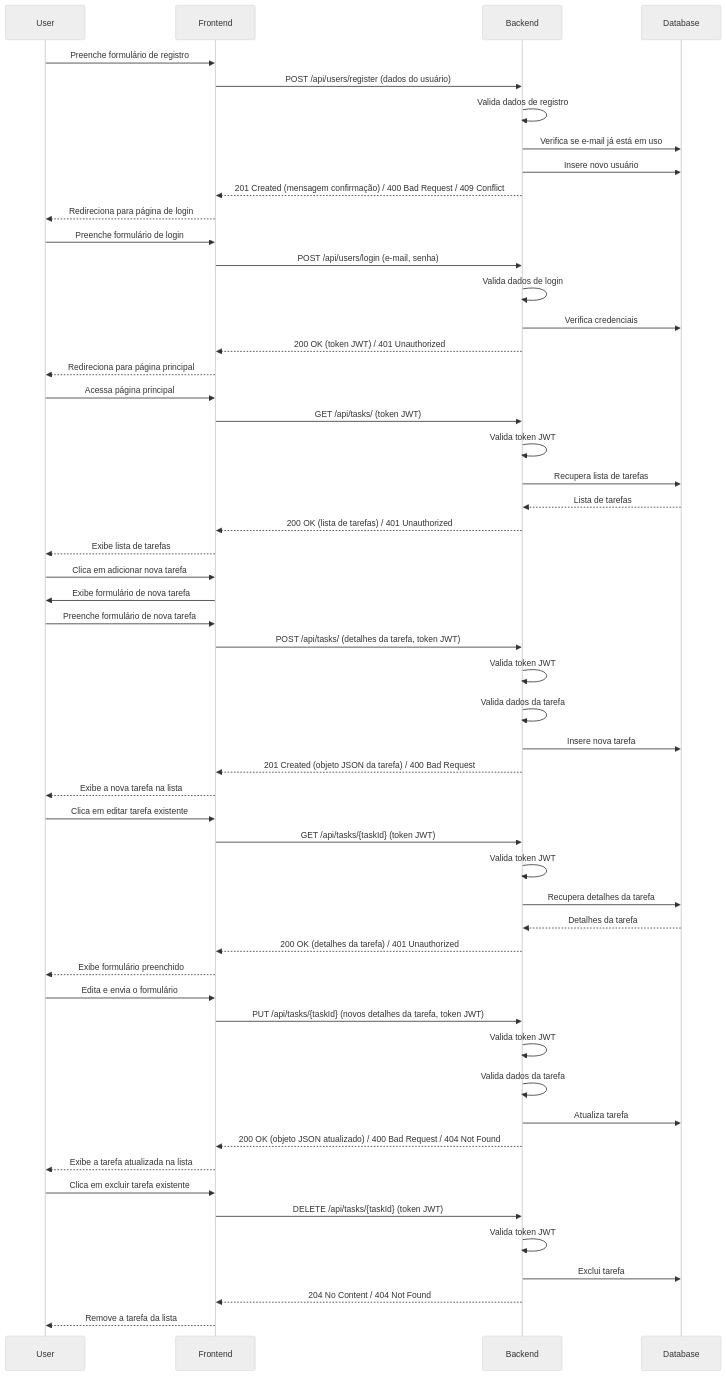
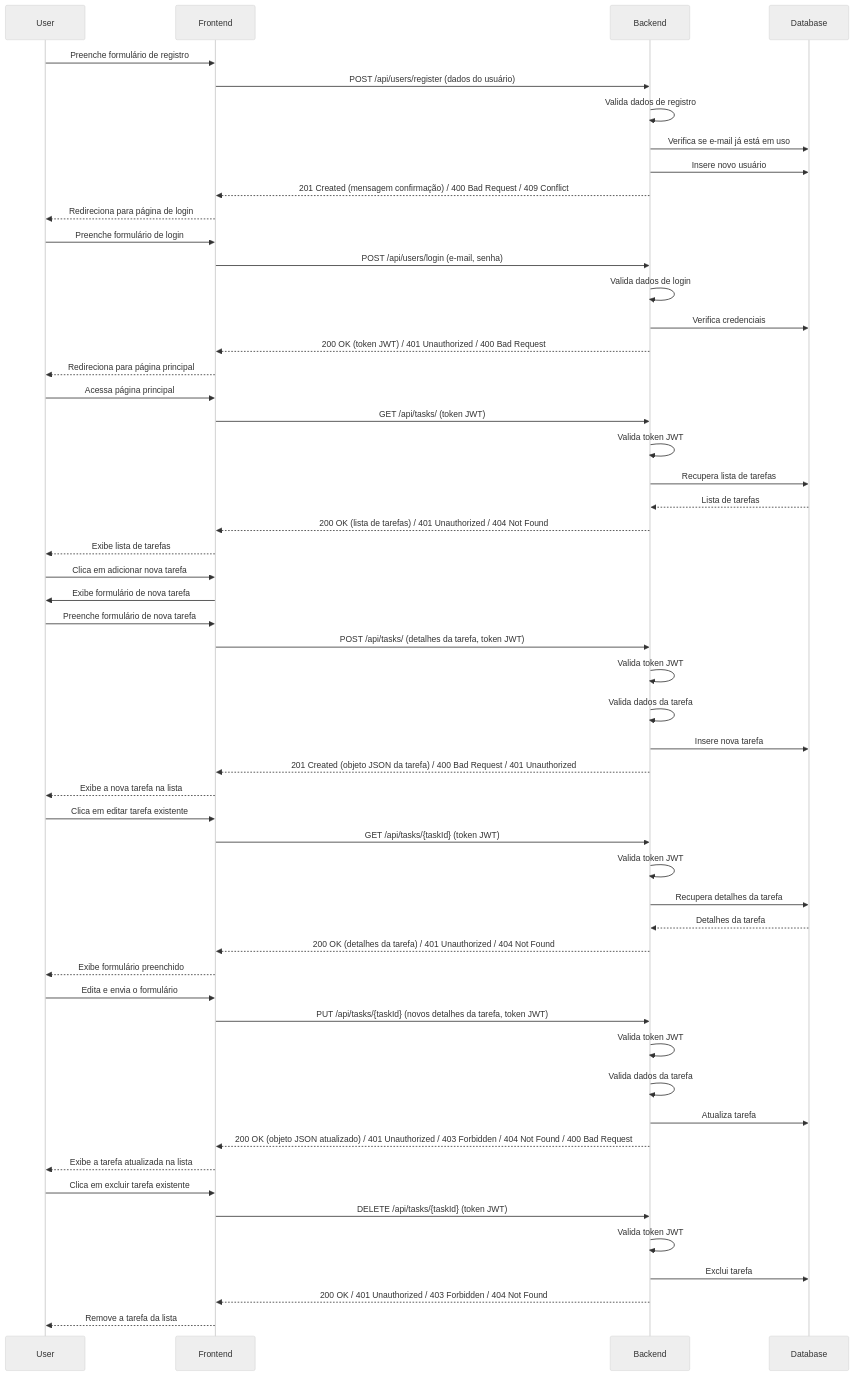
Before and after one commit to Paulo-Ricard0/TaskfyAPI: the diagram in README.md, drawn with Mermaid (neutral theme).

````diff
--- a/README.md
+++ b/README.md
@@ -47,62 +47,62 @@
 ```mermaid
 sequenceDiagram
     participant User
     participant Frontend
     participant Backend
     participant Database
 
     User->>Frontend: Preenche formulário de registro
     Frontend->>Backend: POST /api/users/register (dados do usuário)
     Backend->>Backend: Valida dados de registro
     Backend->>Database: Verifica se e-mail já está em uso
     Backend->>Database: Insere novo usuário
     Backend-->>Frontend: 201 Created (mensagem confirmação) / 400 Bad Request / 409 Conflict
     Frontend-->>User: Redireciona para página de login
 
     User->>Frontend: Preenche formulário de login
     Frontend->>Backend: POST /api/users/login (e-mail, senha)
     Backend->>Backend: Valida dados de login
     Backend->>Database: Verifica credenciais
-    Backend-->>Frontend: 200 OK (token JWT) / 401 Unauthorized
+    Backend-->>Frontend: 200 OK (token JWT) / 401 Unauthorized / 400 Bad Request
     Frontend-->>User: Redireciona para página principal
 
     User->>Frontend: Acessa página principal
     Frontend->>Backend: GET /api/tasks/ (token JWT)
     Backend->>Backend: Valida token JWT
     Backend->>Database: Recupera lista de tarefas
     Database-->>Backend: Lista de tarefas
-    Backend-->>Frontend: 200 OK (lista de tarefas) / 401 Unauthorized
+    Backend-->>Frontend: 200 OK (lista de tarefas) / 401 Unauthorized / 404 Not Found
     Frontend-->>User: Exibe lista de tarefas
 
     User->>Frontend: Clica em adicionar nova tarefa
     Frontend->>User: Exibe formulário de nova tarefa
     User->>Frontend: Preenche formulário de nova tarefa
     Frontend->>Backend: POST /api/tasks/ (detalhes da tarefa, token JWT)
     Backend->>Backend: Valida token JWT
     Backend->>Backend: Valida dados da tarefa
     Backend->>Database: Insere nova tarefa
-    Backend-->>Frontend: 201 Created (objeto JSON da tarefa) / 400 Bad Request
+    Backend-->>Frontend: 201 Created (objeto JSON da tarefa) / 400 Bad Request / 401 Unauthorized
     Frontend-->>User: Exibe a nova tarefa na lista
 
     User->>Frontend: Clica em editar tarefa existente
     Frontend->>Backend: GET /api/tasks/{taskId} (token JWT)
     Backend->>Backend: Valida token JWT
     Backend->>Database: Recupera detalhes da tarefa
     Database-->>Backend: Detalhes da tarefa
-    Backend-->>Frontend: 200 OK (detalhes da tarefa) / 401 Unauthorized
+    Backend-->>Frontend: 200 OK (detalhes da tarefa) / 401 Unauthorized / 404 Not Found
     Frontend-->>User: Exibe formulário preenchido
     User->>Frontend: Edita e envia o formulário
     Frontend->>Backend: PUT /api/tasks/{taskId} (novos detalhes da tarefa, token JWT)
     Backend->>Backend: Valida token JWT
     Backend->>Backend: Valida dados da tarefa
     Backend->>Database: Atualiza tarefa
-    Backend-->>Frontend: 200 OK (objeto JSON atualizado) / 400 Bad Request / 404 Not Found
+    Backend-->>Frontend: 200 OK (objeto JSON atualizado) / 401 Unauthorized / 403 Forbidden / 404 Not Found / 400 Bad Request
     Frontend-->>User: Exibe a tarefa atualizada na lista
 
     User->>Frontend: Clica em excluir tarefa existente
     Frontend->>Backend: DELETE /api/tasks/{taskId} (token JWT)
     Backend->>Backend: Valida token JWT
     Backend->>Database: Exclui tarefa
-    Backend-->>Frontend: 204 No Content / 404 Not Found
+    Backend-->>Frontend: 200 OK / 401 Unauthorized / 403 Forbidden / 404 Not Found
     Frontend-->>User: Remove a tarefa da lista
 ```
````
